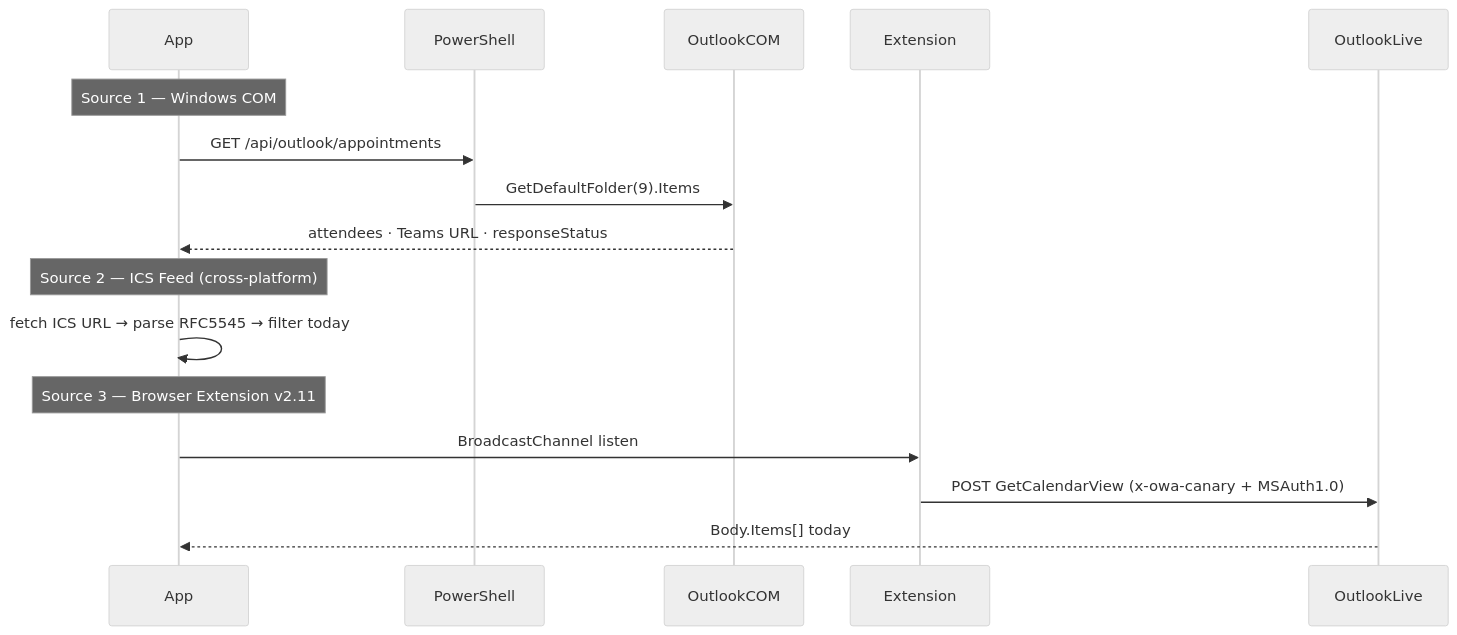
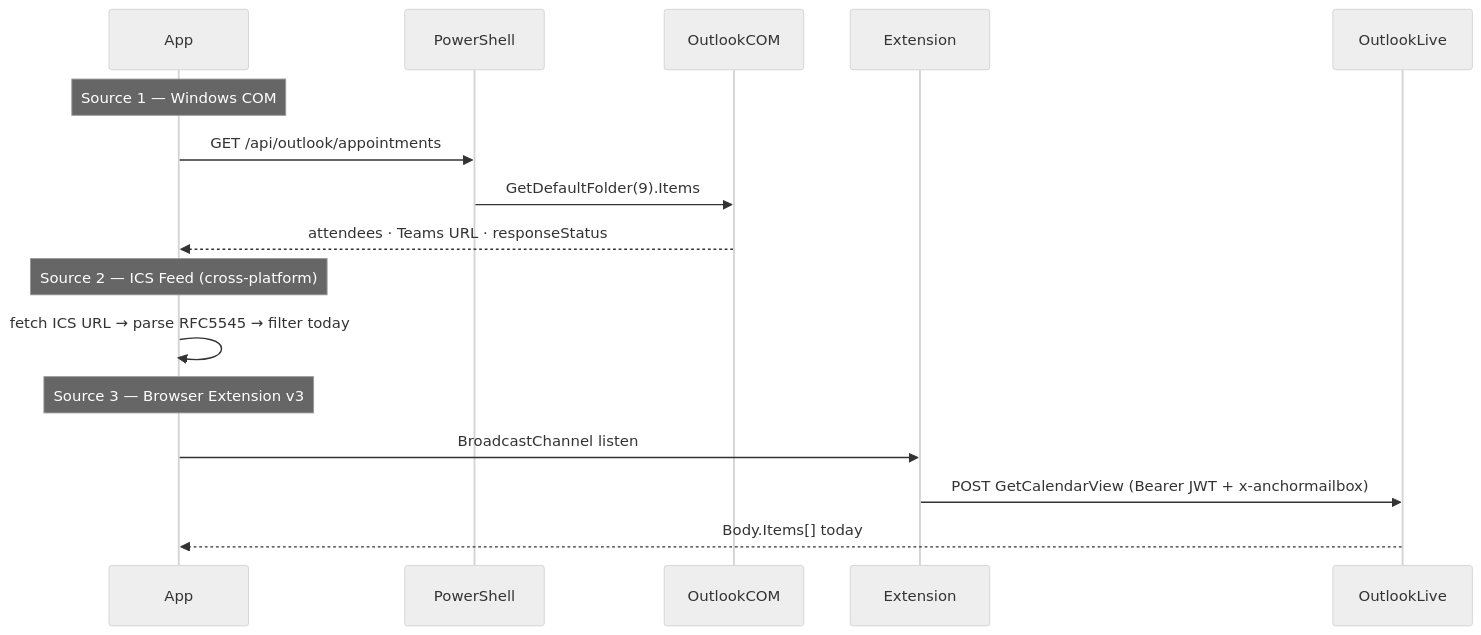
The fifth of 5 diagrams in README.md (carmelobattiato/audio-ai-assistant), drawn with Mermaid (neutral theme) before and after one commit. The commit also changed other lines of this file and 2 other files, not shown here.

Commit message:
- README: aggiunto `git clone` + `cd` nella sezione Windows (PowerShell) del Quick Start - README: badge versione aggiornato a 1.141; riferimenti Extension v2.11 → v3; `calendar-bridge-v2.zip` → v3

````diff
--- a/README.md
+++ b/README.md
@@ -366,17 +370,17 @@
 ```mermaid
 sequenceDiagram
     participant App
 
     Note over App: Source 1 — Windows COM
     App->>PowerShell: GET /api/outlook/appointments
     PowerShell->>OutlookCOM: GetDefaultFolder(9).Items
     OutlookCOM-->>App: attendees · Teams URL · responseStatus
 
     Note over App: Source 2 — ICS Feed (cross-platform)
     App->>App: fetch ICS URL → parse RFC5545 → filter today
 
-    Note over App: Source 3 — Browser Extension v2.11
+    Note over App: Source 3 — Browser Extension v3
     App->>Extension: BroadcastChannel listen
-    Extension->>OutlookLive: POST GetCalendarView (x-owa-canary + MSAuth1.0)
+    Extension->>OutlookLive: POST GetCalendarView (Bearer JWT + x-anchormailbox)
     OutlookLive-->>App: Body.Items[] today
 ```
````
